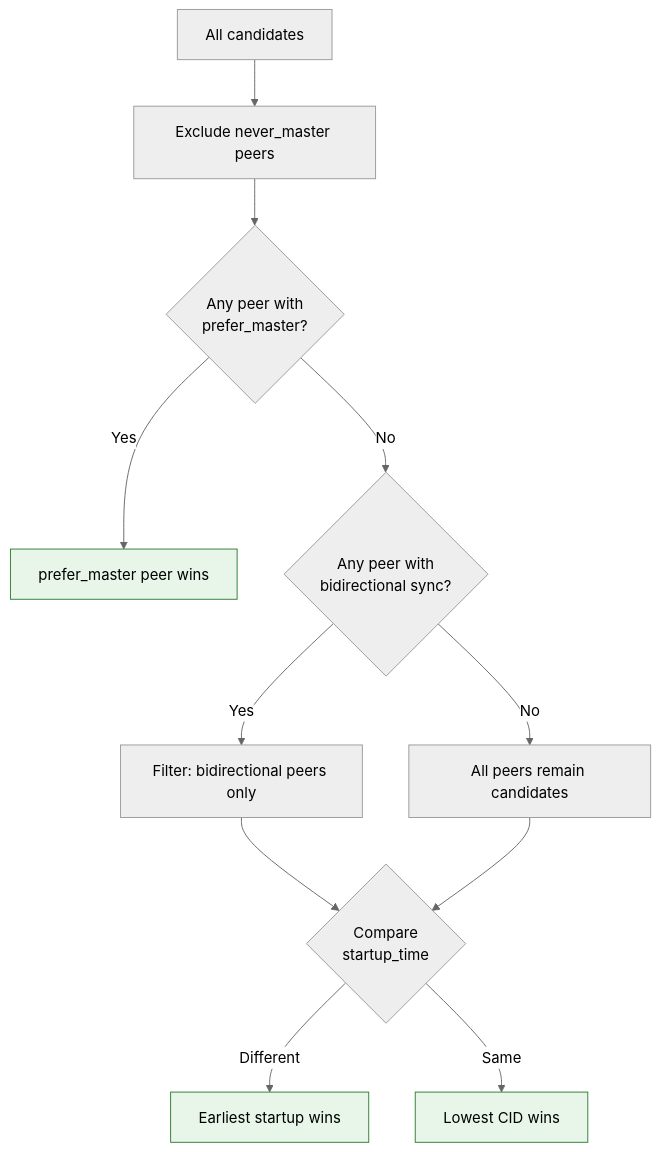
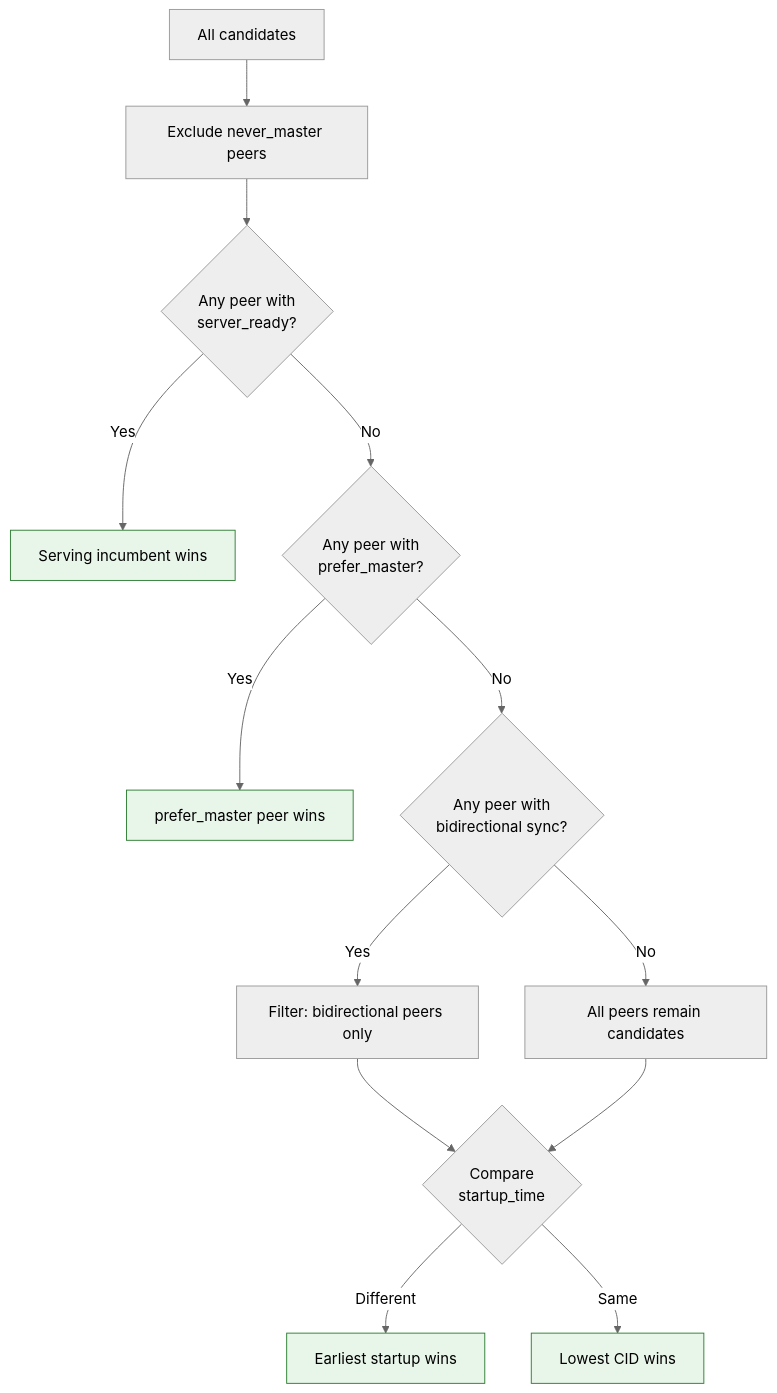
The fifth of 7 diagrams in docs/internal/p2p-internals.md (albertsdk/hsync-client), drawn with Mermaid (neutral theme) before and after one commit. The commit also changed 2 other files, not shown here.

Commit message:
docs(p2p): fix the election flowchart and prefer_master wording
The decision-flow diagram skipped the server_ready step and jumped straight to prefer_master, contradicting the priority table; added the serving-incumbent branch. Also reworded 'operator-pinned'/'the pin' to 'operator-preferred'/'the preference' in the election docs.

````diff
--- a/docs/internal/p2p-internals.md
+++ b/docs/internal/p2p-internals.md
@@ -218,17 +218,20 @@
 ```mermaid
 flowchart TD
     START["All candidates"] --> NM["Exclude never_master peers"]
-    NM --> FM{"Any peer with<br/>prefer_master?"}
+    NM --> SR{"Any peer with<br/>server_ready?"}
+    SR -->|"Yes"| SR_WIN["Serving incumbent wins"]
+    SR -->|"No"| FM{"Any peer with<br/>prefer_master?"}
     FM -->|"Yes"| FM_WIN["prefer_master peer wins"]
     FM -->|"No"| BIDIR{"Any peer with<br/>bidirectional sync?"}
     BIDIR -->|"Yes"| BIDIR_POOL["Filter: bidirectional peers only"]
     BIDIR -->|"No"| ALL_POOL["All peers remain candidates"]
     BIDIR_POOL --> STARTUP{"Compare<br/>startup_time"}
     ALL_POOL --> STARTUP
     STARTUP -->|"Different"| EARLIEST["Earliest startup wins"]
     STARTUP -->|"Same"| CID["Lowest CID wins"]
 
+    style SR_WIN fill:#e8f5e9,stroke:#2e7d32
     style FM_WIN fill:#e8f5e9,stroke:#2e7d32
     style EARLIEST fill:#e8f5e9,stroke:#2e7d32
     style CID fill:#e8f5e9,stroke:#2e7d32
 ```
````
